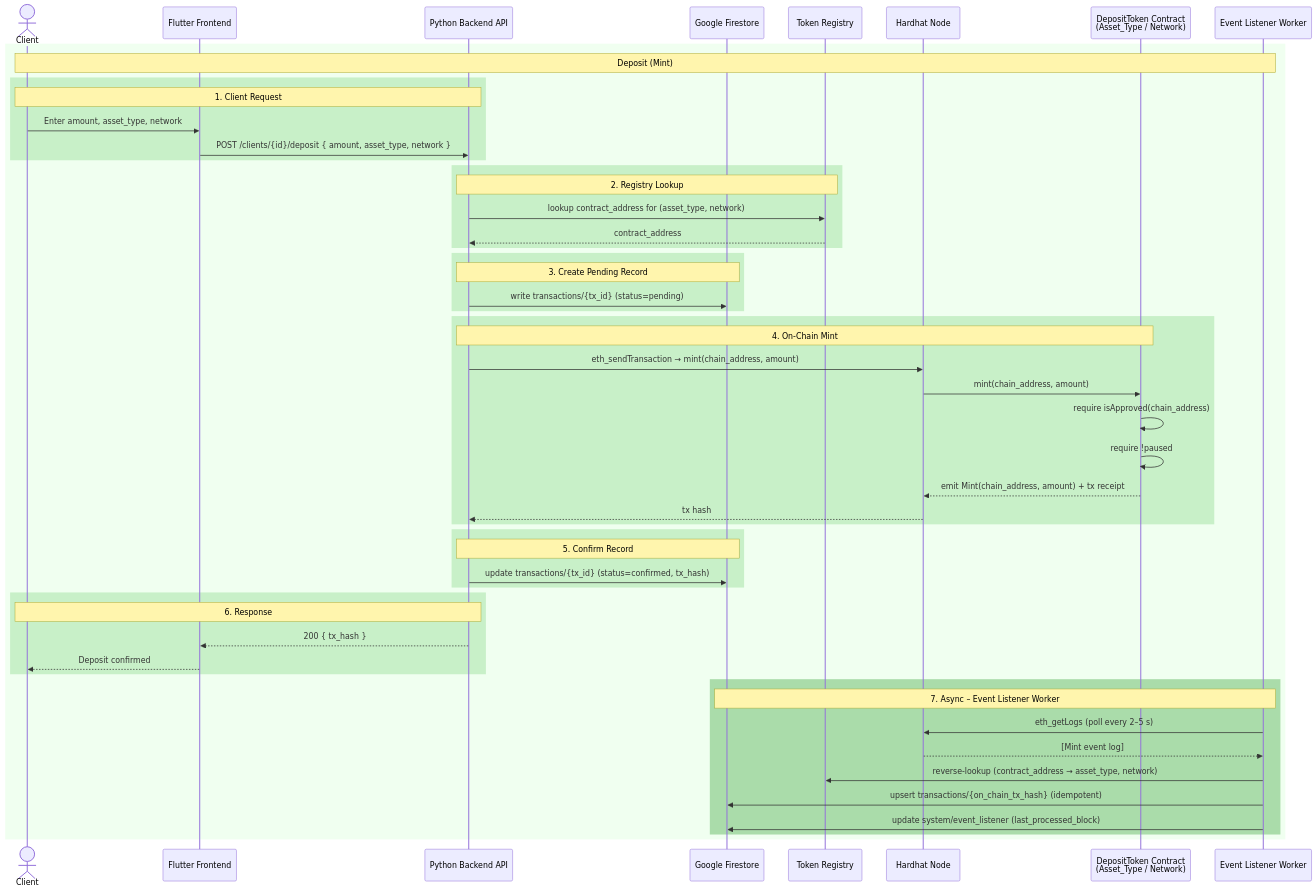
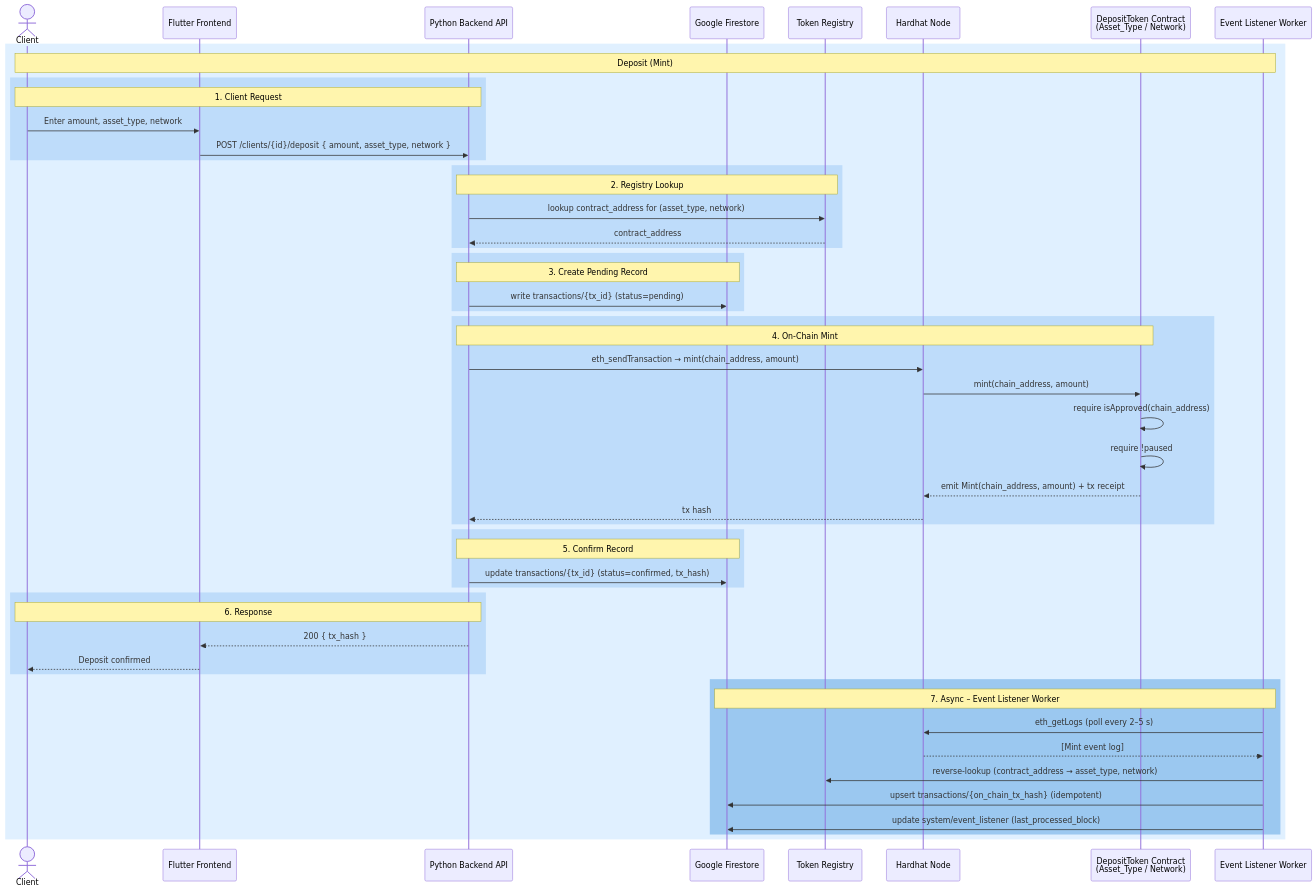
One commit to tthavee/tokenized-deposits changed the third of 5 diagrams in .kiro/specs/tokenized-deposits-poc/design.md. Above: the diagram before and after it, drawn with Mermaid. The commit also changed other lines of this file, not shown here.

````diff
--- a/.kiro/specs/tokenized-deposits-poc/design.md
+++ b/.kiro/specs/tokenized-deposits-poc/design.md
@@ -119,62 +119,62 @@
 ```mermaid
 sequenceDiagram
     actor Client
     participant FE as Flutter Frontend
     participant API as Python Backend API
     participant FS as Google Firestore
     participant TR as Token Registry
     participant HH as Hardhat Node
     participant SC as DepositToken Contract<br/>(Asset_Type / Network)
     participant EL as Event Listener Worker
 
-    rect rgb(240, 255, 240)
+    rect rgb(224, 240, 255)
         Note over Client,EL: Deposit (Mint)
 
-        rect rgb(200, 240, 200)
+        rect rgb(190, 220, 250)
             Note over Client,API: 1. Client Request
             Client->>FE: Enter amount, asset_type, network
             FE->>API: POST /clients/{id}/deposit { amount, asset_type, network }
         end
 
-        rect rgb(200, 240, 200)
+        rect rgb(190, 220, 250)
             Note over API,TR: 2. Registry Lookup
             API->>TR: lookup contract_address for (asset_type, network)
             TR-->>API: contract_address
         end
 
-        rect rgb(200, 240, 200)
+        rect rgb(190, 220, 250)
             Note over API,FS: 3. Create Pending Record
             API->>FS: write transactions/{tx_id} (status=pending)
         end
 
-        rect rgb(200, 240, 200)
+        rect rgb(190, 220, 250)
             Note over API,SC: 4. On-Chain Mint
             API->>HH: eth_sendTransaction → mint(chain_address, amount)
             HH->>SC: mint(chain_address, amount)
             SC->>SC: require isApproved(chain_address)
             SC->>SC: require !paused
             SC-->>HH: emit Mint(chain_address, amount) + tx receipt
             HH-->>API: tx hash
         end
 
-        rect rgb(200, 240, 200)
+        rect rgb(190, 220, 250)
             Note over API,FS: 5. Confirm Record
             API->>FS: update transactions/{tx_id} (status=confirmed, tx_hash)
         end
 
-        rect rgb(200, 240, 200)
+        rect rgb(190, 220, 250)
             Note over API,Client: 6. Response
             API-->>FE: 200 { tx_hash }
             FE-->>Client: Deposit confirmed
         end
 
-        rect rgb(170, 220, 170)
+        rect rgb(155, 200, 240)
             Note over EL,FS: 7. Async – Event Listener Worker
             EL->>HH: eth_getLogs (poll every 2–5 s)
             HH-->>EL: [Mint event log]
             EL->>TR: reverse-lookup (contract_address → asset_type, network)
             EL->>FS: upsert transactions/{on_chain_tx_hash} (idempotent)
             EL->>FS: update system/event_listener (last_processed_block)
         end
     end
 ```
````
